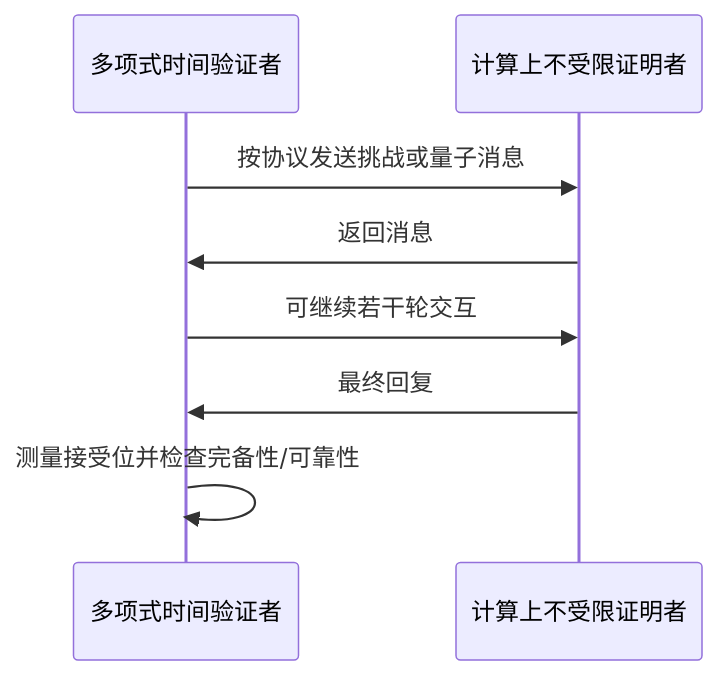
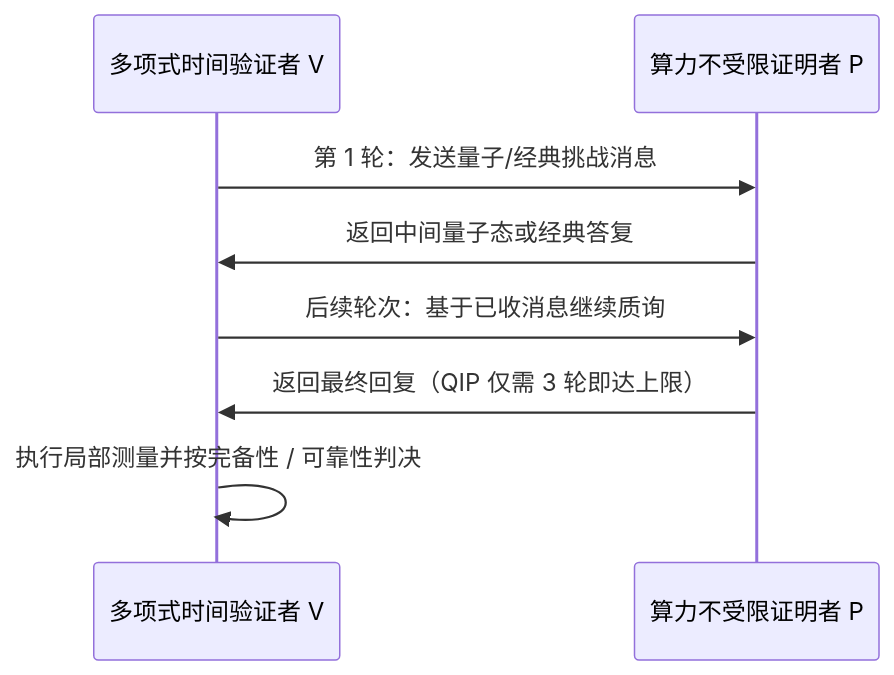
The third of 4 diagrams in handbook/18-channels-capacities-complexity.md (nanless/quantum-computing-handbook), drawn with Mermaid before and after one commit. The commit also changed other lines of this file and 386 other files, not shown here.

````diff
--- a/handbook/18-channels-capacities-complexity.md
+++ b/handbook/18-channels-capacities-complexity.md
@@ -836,10 +1157,10 @@
 ```mermaid
 sequenceDiagram
-  participant V as 多项式时间验证者
-  participant P as 计算上不受限证明者
-  V->>P: 按协议发送挑战或量子消息
-  P->>V: 返回消息
-  V->>P: 可继续若干轮交互
-  P->>V: 最终回复
-  V->>V: 测量接受位并检查完备性/可靠性
+  participant V as 多项式时间验证者 V
+  participant P as 算力不受限证明者 P
+  V->>P: 第 1 轮：发送量子/经典挑战消息
+  P->>V: 返回中间量子态或经典答复
+  V->>P: 后续轮次：基于已收消息继续质询
+  P->>V: 返回最终回复（QIP 仅需 3 轮即达上限）
+  V->>V: 执行局部测量并按完备性 / 可靠性判决
 ```
````
